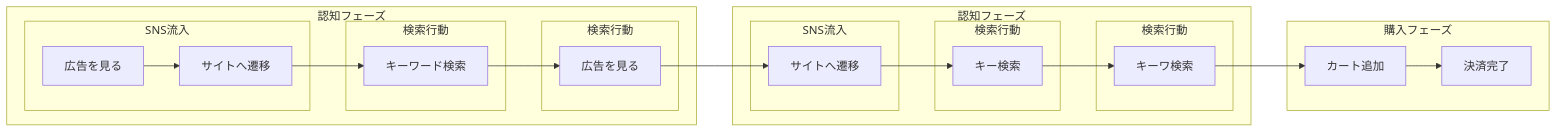
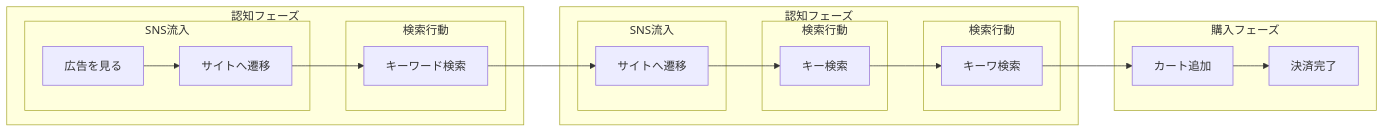
The diagram in linux-install-02.md (hobby-pc2026/linux-install), drawn with Mermaid before and after one commit.

````diff
--- a/linux-install-02.md
+++ b/linux-install-02.md
@@ -3,28 +3,25 @@
 ```mermaid
 flowchart LR
     subgraph フェーズ1 [認知フェーズ]
         subgraph サブ1 [SNS流入]
             A[広告を見る] --> B[サイトへ遷移]
         end
         subgraph サブ2 [検索行動]
             B --> C[キーワード検索]
         end
-        subgraph サブ3 [検索行動]
-            C --> D[広告を見る]
-        end
     end
     subgraph フェーズ2 [認知フェーズ]
         subgraph サブ4 [SNS流入]
-            D[広告を見る] --> E[サイトへ遷移]
+            C --> E[サイトへ遷移]
         end
         subgraph サブ5 [検索行動]
             E --> F[キー検索]
         end
         subgraph サブ6 [検索行動]
             F --> G[キーワ検索]
         end
     end
     subgraph フェーズ3 [購入フェーズ]
         G --> H[カート追加] --> I[決済完了]
     end
 ```
````
